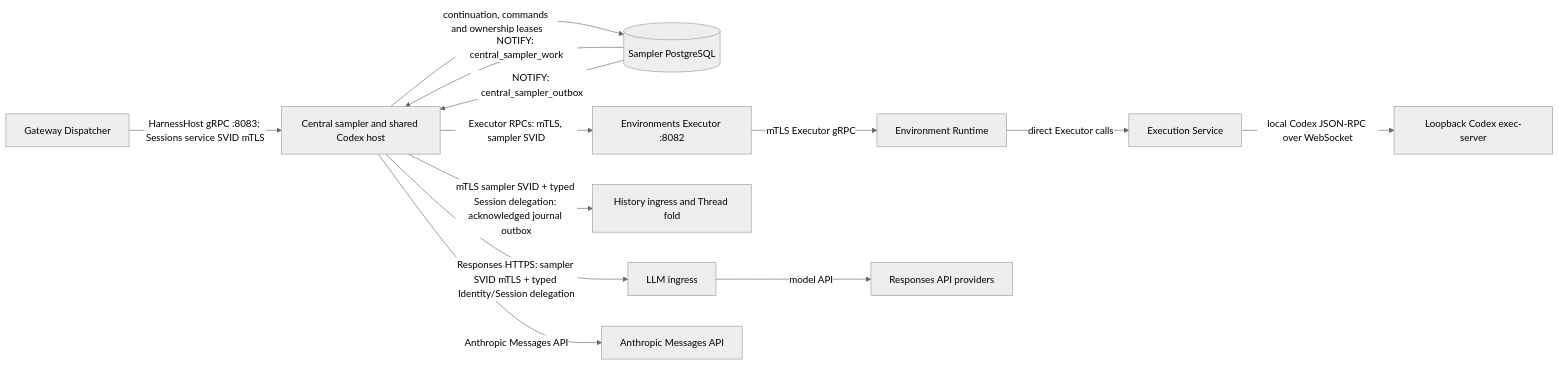
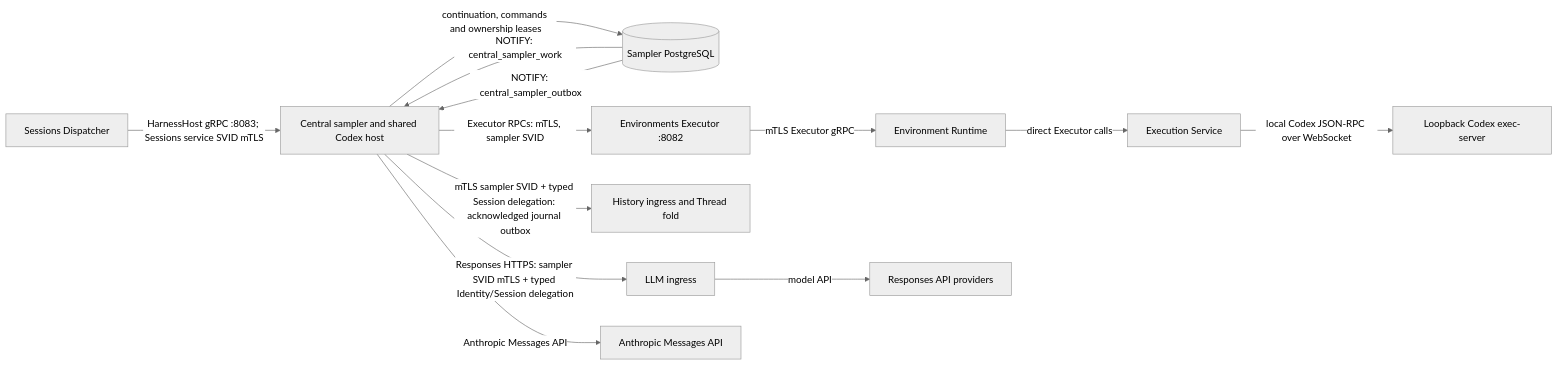
Before and after one commit to agentydragon/ducktape: the fourth of 18 diagrams in agentplane/docs/system_overview.md, drawn with Mermaid (neutral theme). The commit also changed other lines of this file and 80 other files, not shown here.

````diff
--- a/agentplane/docs/system_overview.md
+++ b/agentplane/docs/system_overview.md
@@ -416,25 +398,25 @@
 ```mermaid
 flowchart LR
-    dispatcher[Gateway Dispatcher]
+    dispatcher[Sessions Dispatcher]
     sampler[Central sampler and shared Codex host]
     db[(Sampler PostgreSQL)]
     proxy[Environments Executor :8082]
     runtime[Environment Runtime]
     execution[Execution Service]
     executor[Loopback Codex exec-server]
     history[History ingress and Thread fold]
     llm[LLM ingress]
     responses[Responses API providers]
     anthropic[Anthropic Messages API]
     dispatcher -->|HarnessHost gRPC :8083; Sessions service SVID mTLS| sampler
     sampler -->|continuation, commands and ownership leases| db
     db -->|NOTIFY: central_sampler_work| sampler
     db -->|NOTIFY: central_sampler_outbox| sampler
     sampler -->|Executor RPCs: mTLS, sampler SVID| proxy
     proxy -->|mTLS Executor gRPC| runtime
     runtime -->|direct Executor calls| execution
     execution -->|local Codex JSON-RPC over WebSocket| executor
     sampler -->|mTLS sampler SVID + typed Session delegation: acknowledged journal outbox| history
     sampler -->|Responses HTTPS: sampler SVID mTLS + typed Identity/Session delegation| llm -->|model API| responses
     sampler -->|Anthropic Messages API| anthropic
 ```
````
